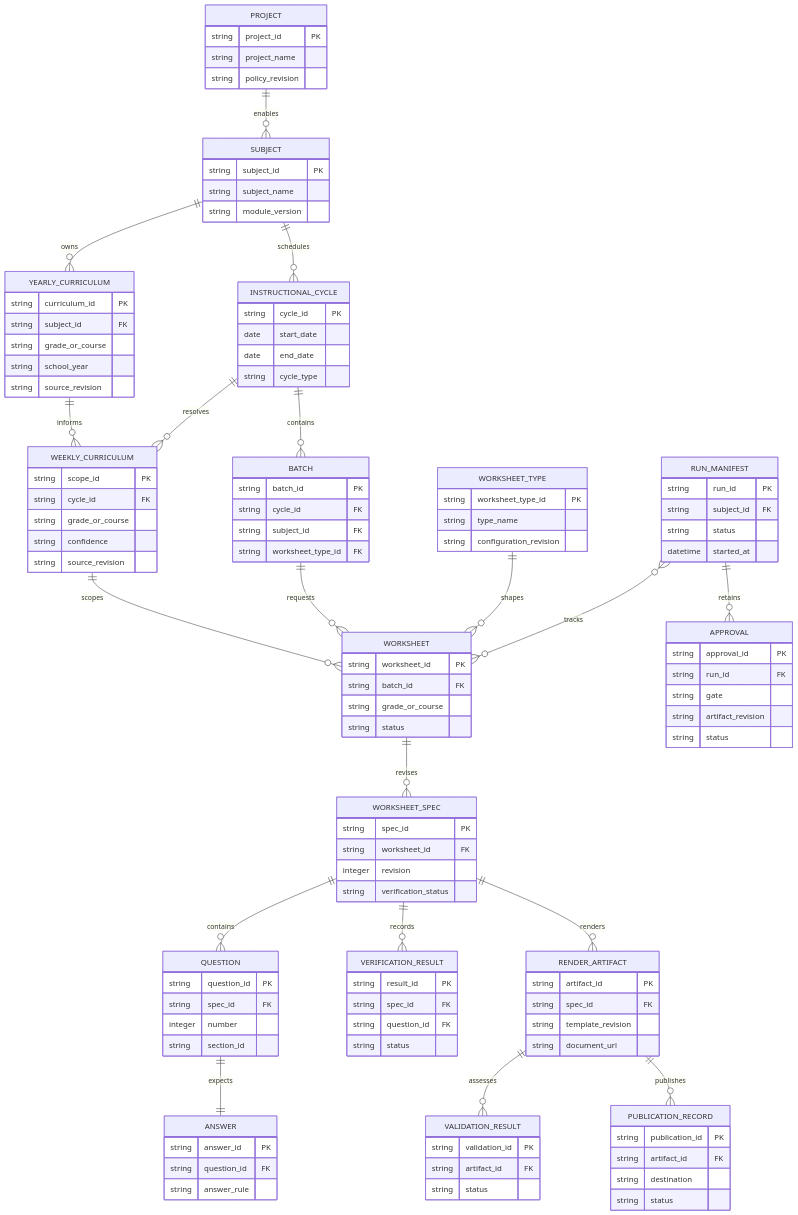
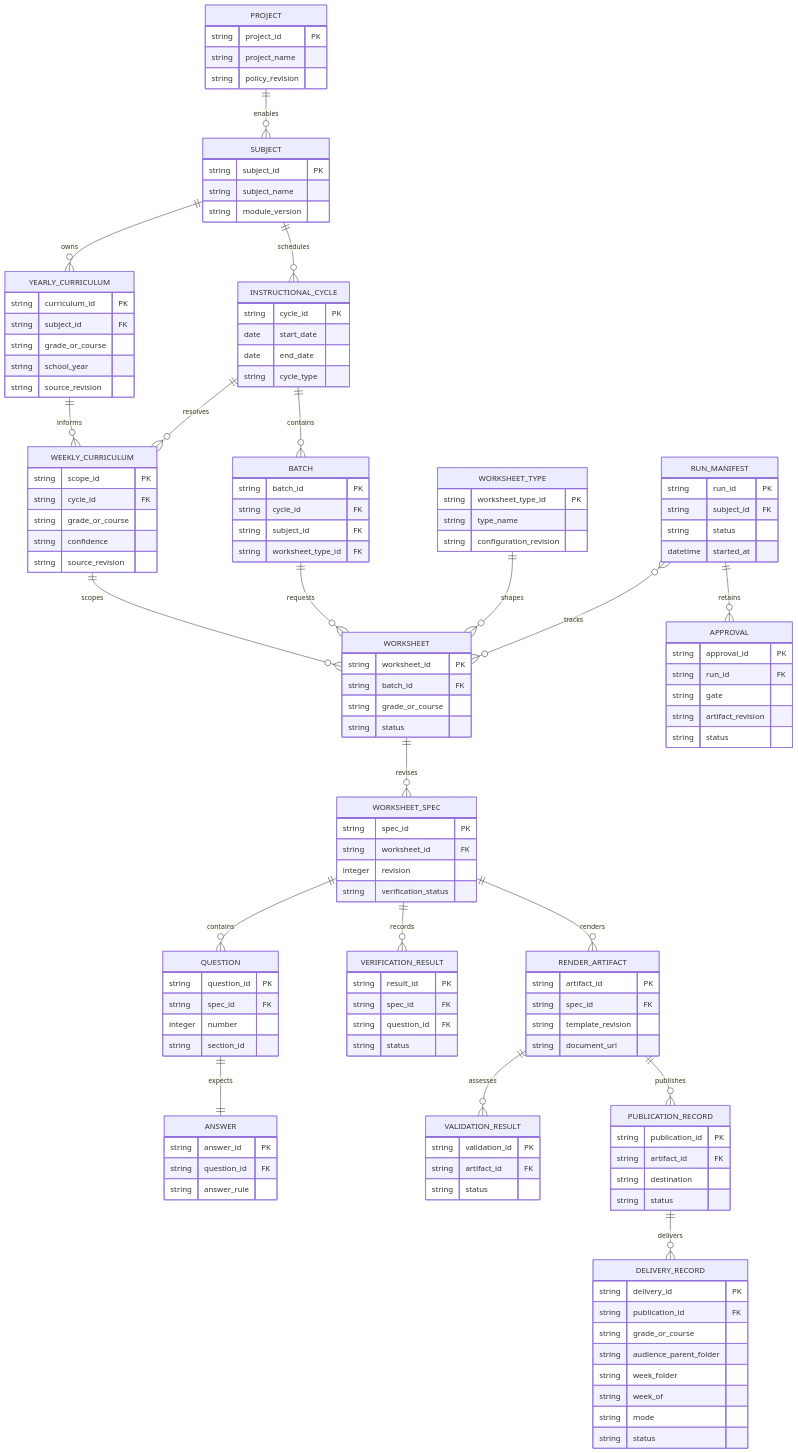
The fourth of 6 diagrams in specs/generate_math_worksheets/03. design/design.md (kpkchaitanya/mts-crossmodel), drawn with Mermaid before and after one commit. The commit also changed other lines of this file and 14 other files, not shown here.

````diff
--- a/specs/generate_math_worksheets/03. design/design.md
+++ b/specs/generate_math_worksheets/03. design/design.md
@@ -514,6 +553,7 @@
   WORKSHEET_SPEC ||--o{ RENDER_ARTIFACT : renders
   RENDER_ARTIFACT ||--o{ VALIDATION_RESULT : assesses
   RENDER_ARTIFACT ||--o{ PUBLICATION_RECORD : publishes
+  PUBLICATION_RECORD ||--o{ DELIVERY_RECORD : delivers
 
   PROJECT {
     string project_id PK
@@ -615,4 +655,14 @@
     string destination
     string status
   }
+  DELIVERY_RECORD {
+    string delivery_id PK
+    string publication_id FK
+    string grade_or_course
+    string audience_parent_folder
+    string week_folder
+    string week_of
+    string mode
+    string status
+  }
 ```
````
